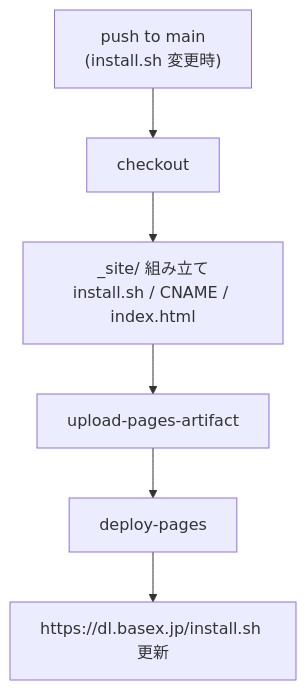
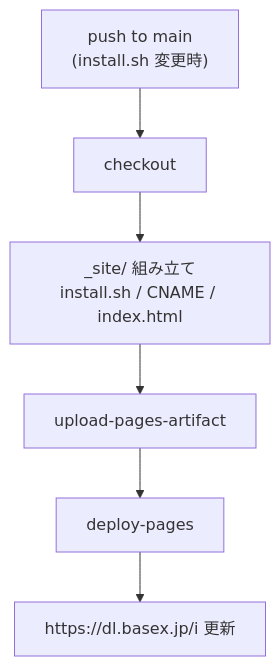
The second of 3 diagrams in docs/developer/installer-hosting.md (devbasex/devbase), drawn with Mermaid before and after one commit. The commit also changed other lines of this file and 6 other files, not shown here.

````diff
--- a/docs/developer/installer-hosting.md
+++ b/docs/developer/installer-hosting.md
@@ -84,8 +87,8 @@
 ```mermaid
 flowchart TD
     A["push to main<br/>(install.sh 変更時)"] --> B["checkout"]
     B --> C["_site/ 組み立て<br/>install.sh / CNAME / index.html"]
     C --> D["upload-pages-artifact"]
     D --> E["deploy-pages"]
-    E --> F["https://dl.basex.jp/install.sh 更新"]
+    E --> F["https://dl.basex.jp/i 更新"]
 ```
````
